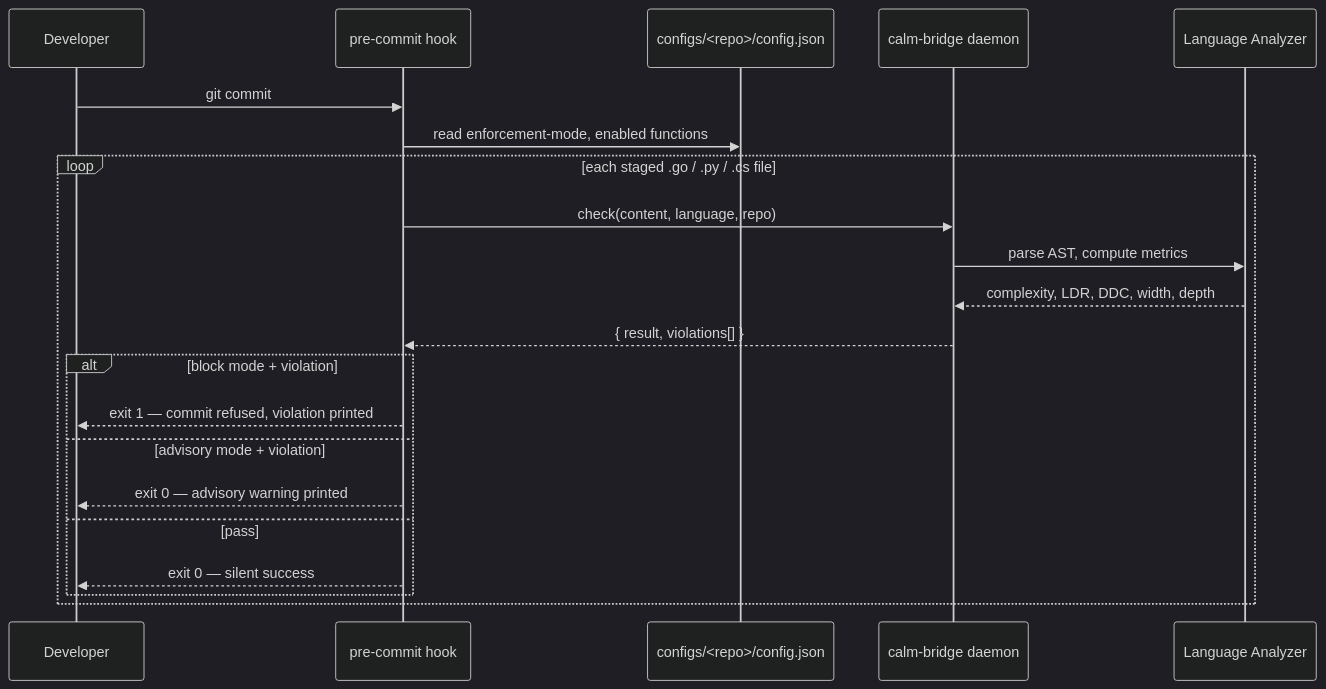
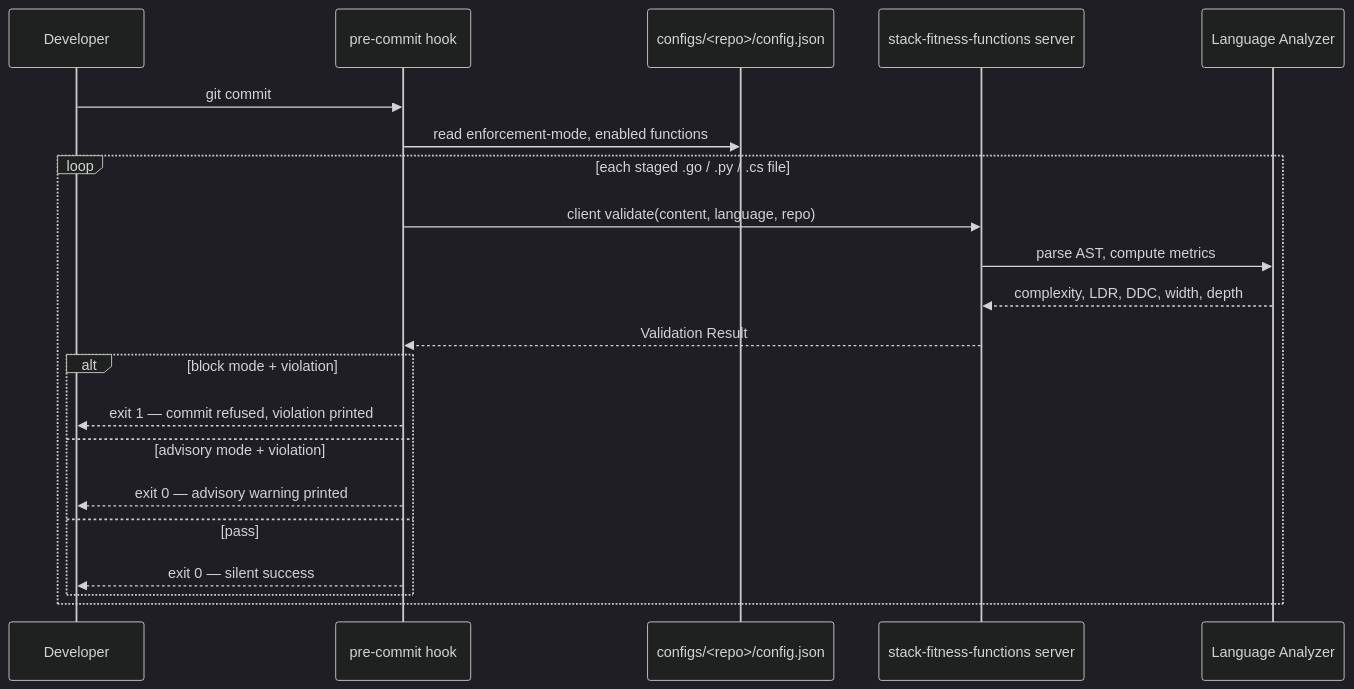
The first of 2 diagrams in CONTEXT.md (AvogadroSG1/agent-fitness-functions), drawn with Mermaid (dark theme) before and after one commit. The commit also changed other lines of this file and 18 other files, not shown here.

````diff
--- a/CONTEXT.md
+++ b/CONTEXT.md
@@ -50,24 +50,24 @@
 ```mermaid
 sequenceDiagram
     participant Dev as Developer
     participant Hook as pre-commit hook
     participant Config as configs/<repo>/config.json
-    participant Bridge as calm-bridge daemon
+    participant Server as stack-fitness-functions server
     participant Analyzer as Language Analyzer
 
     Dev->>Hook: git commit
     Hook->>Config: read enforcement-mode, enabled functions
     loop each staged .go / .py / .cs file
-        Hook->>Bridge: check(content, language, repo)
-        Bridge->>Analyzer: parse AST, compute metrics
-        Analyzer-->>Bridge: complexity, LDR, DDC, width, depth
-        Bridge-->>Hook: { result, violations[] }
+        Hook->>Server: client validate(content, language, repo)
+        Server->>Analyzer: parse AST, compute metrics
+        Analyzer-->>Server: complexity, LDR, DDC, width, depth
+        Server-->>Hook: Validation Result
         alt block mode + violation
             Hook-->>Dev: exit 1 — commit refused, violation printed
         else advisory mode + violation
             Hook-->>Dev: exit 0 — advisory warning printed
         else pass
             Hook-->>Dev: exit 0 — silent success
         end
     end
 ```
````
